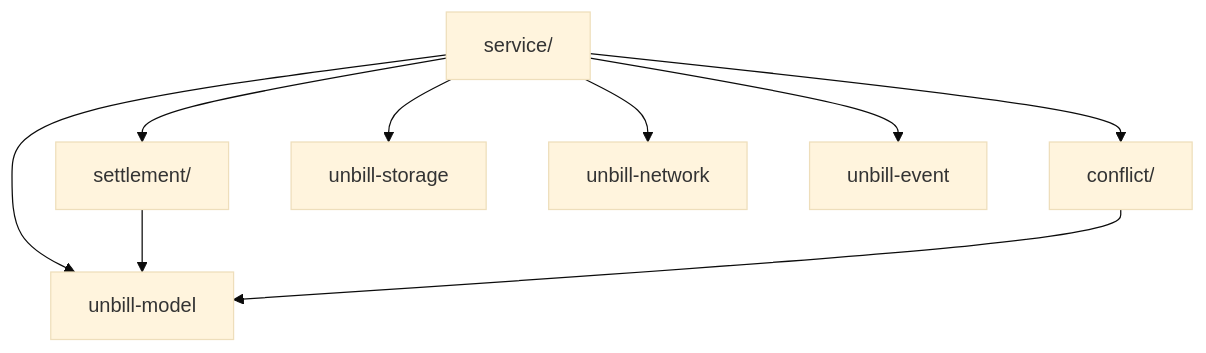
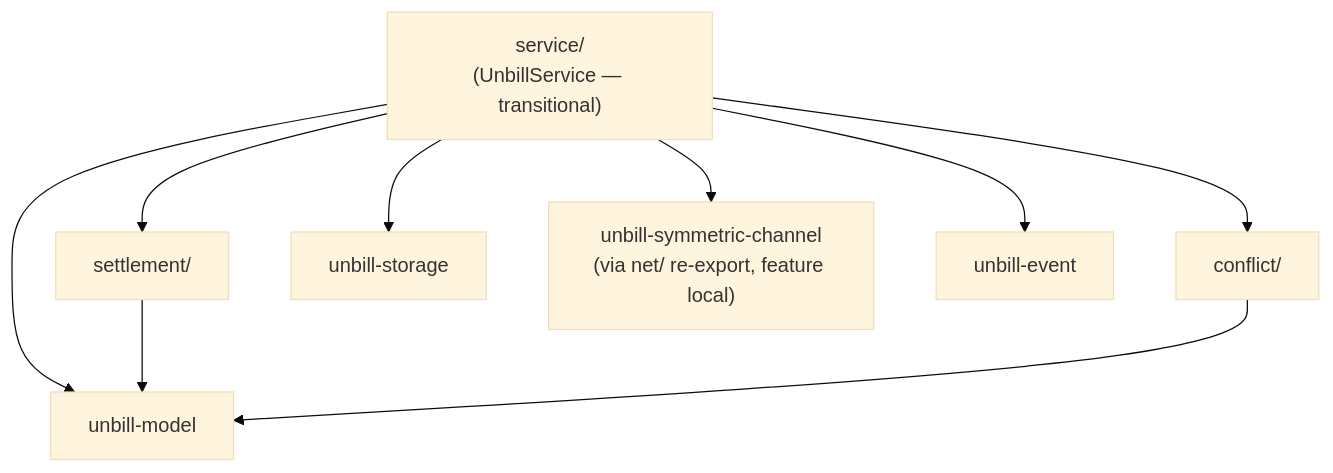
The diagram in crates/unbill-console/DESIGN.md (unbill-project/unbill), drawn with Mermaid (base theme) before and after one commit. The commit also changed other lines of this file and 13 other files, not shown here.

````diff
--- a/crates/unbill-console/DESIGN.md
+++ b/crates/unbill-console/DESIGN.md
@@ -7,19 +7,19 @@
 ```mermaid
 flowchart TB
-    Service["service/"]
+    Service["service/\n(UnbillService — transitional)"]
     Settlement["settlement/"]
     Conflict["conflict/"]
     Storage["unbill-storage"]
-    Network["unbill-network"]
+    SymNet["unbill-symmetric-channel\n(via net/ re-export, feature local)"]
     Model["unbill-model"]
     Event["unbill-event"]
 
     Service --> Settlement
     Service --> Conflict
     Service --> Storage
-    Service --> Network
+    Service --> SymNet
     Service --> Model
     Service --> Event
     Settlement --> Model
     Conflict --> Model
 ```
````
